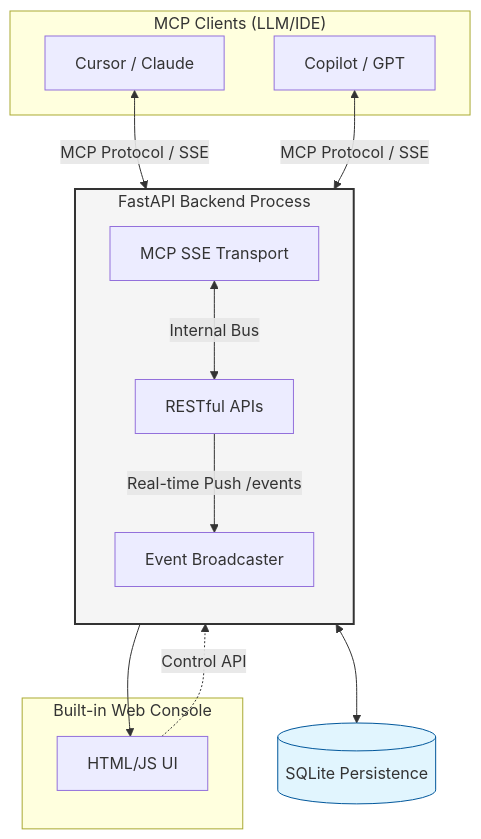
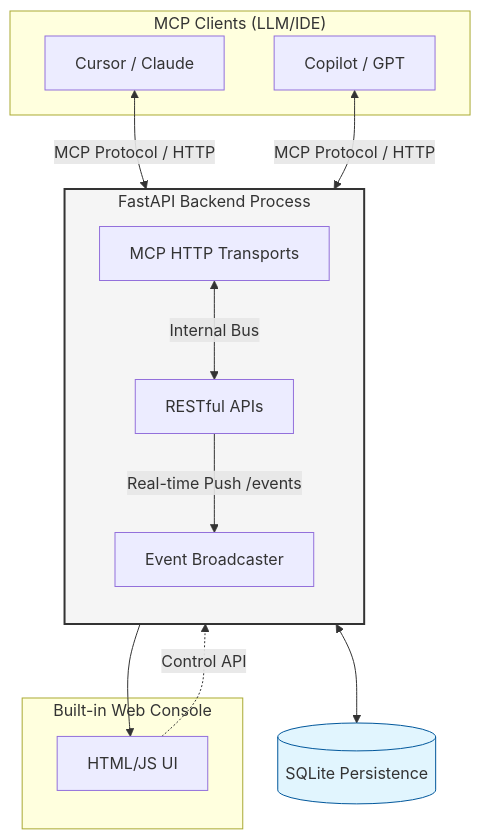
One commit to bertheto/AgentChatBus changed the diagram in README.md. Above: the diagram before and after it, drawn with Mermaid. The commit also changed other lines of this file, not shown here.

````diff
--- a/README.md
+++ b/README.md
@@ -25,28 +31,28 @@
 ```mermaid
 graph TD
     subgraph Clients["MCP Clients (LLM/IDE)"]
         C1[Cursor / Claude]
         C2[Copilot / GPT]
     end
 
     subgraph Server["FastAPI Backend Process"]
         direction TB
-        B1[MCP SSE Transport]
+        B1[MCP HTTP Transports]
         B2[RESTful APIs]
         B3[Event Broadcaster]
     end
 
     subgraph UI["Built-in Web Console"]
         W1[HTML/JS UI]
     end
 
-    C1 & C2 <-->|MCP Protocol / SSE| B1
+    C1 & C2 <-->|MCP Protocol / HTTP| B1
     B1 <-->|Internal Bus| B2
     B2 <--> DB[(SQLite Persistence)]
     B2 -->|Real-time Push /events| B3
     B3 --> W1
     W1 -.->|Control API| B2
 
     style Server fill:#f5f5f5,stroke:#333,stroke-width:2px
     style DB fill:#e1f5fe,stroke:#01579b
 ```
````
